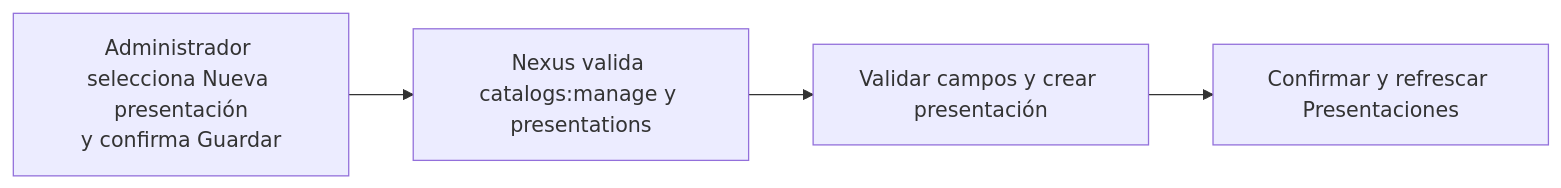
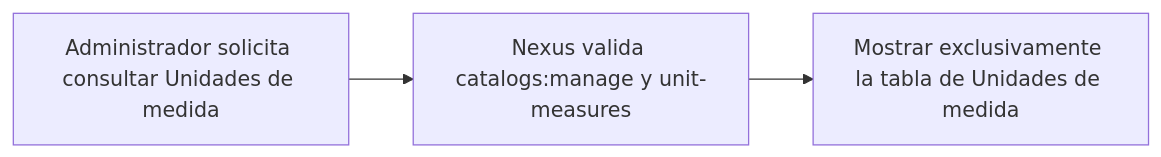
One commit to gpgsistemas01/nexus changed the diagram in docs/requirements/diagrams/catalogs/cu-cat-34.md. Above: the diagram before and after it, drawn with Mermaid. The commit also changed other lines of this file and 207 other files, not shown here.

````diff
--- a/docs/requirements/diagrams/catalogs/cu-cat-34.md
+++ b/docs/requirements/diagrams/catalogs/cu-cat-34.md
@@ -3,6 +3,5 @@
 ```mermaid
 flowchart LR
-    request["Administrador selecciona Nueva presentación<br/>y confirma Guardar"] --> authorize["Nexus valida catalogs:manage y presentations"]
-    authorize --> persist["Validar campos y crear presentación"]
-    persist --> result["Confirmar y refrescar Presentaciones"]
+    request["Administrador solicita consultar Unidades de medida"] --> authorize["Nexus valida catalogs:manage y unit-measures"]
+    authorize --> result["Mostrar exclusivamente la tabla de Unidades de medida"]
 ```
````
